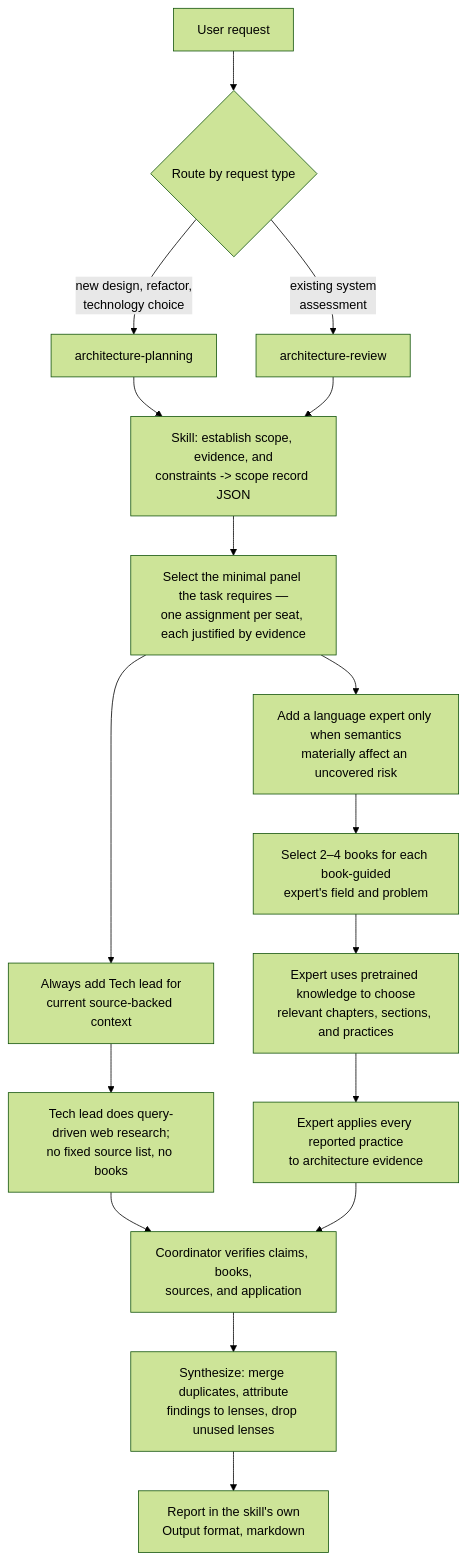
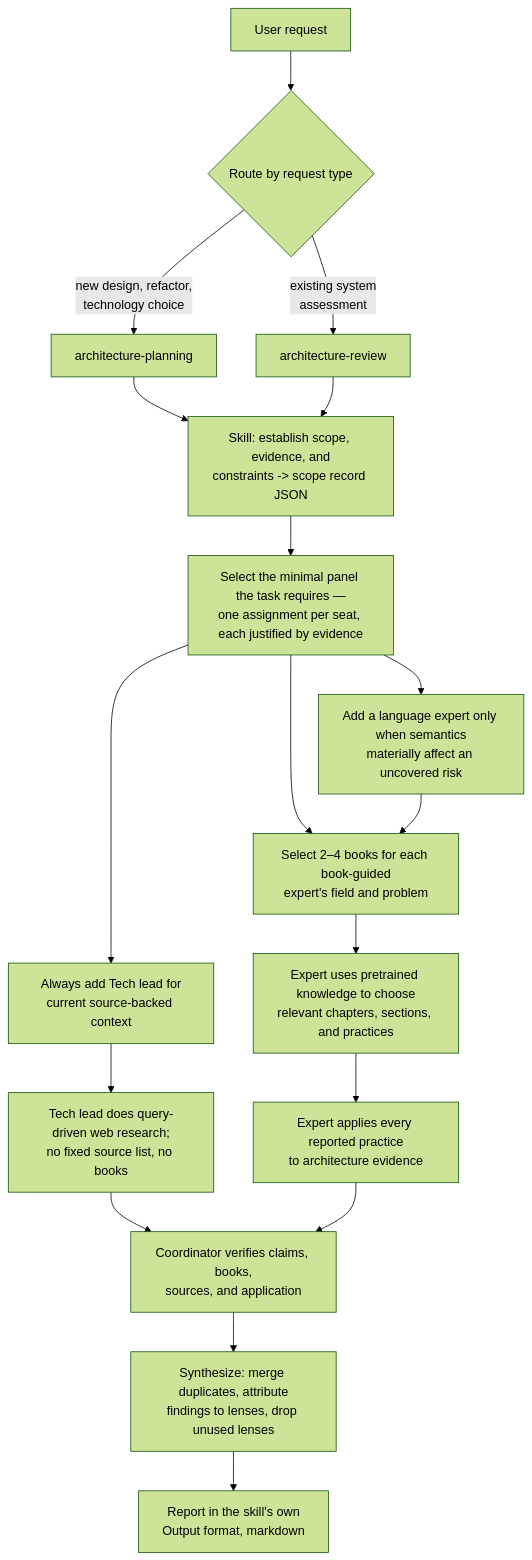
Before and after one commit to gityc-hub/nanoclaw-templates: the diagram in engineering/code-architect/references/workflow.md, drawn with Mermaid (forest theme). The commit also changed other lines of this file and 6 other files, not shown here.

````diff
--- a/engineering/code-architect/references/workflow.md
+++ b/engineering/code-architect/references/workflow.md
@@ -7,19 +7,20 @@
 ```mermaid
 flowchart TD
     U[User request] --> R{Route by request type}
     R -->|new design, refactor,<br/>technology choice| P[architecture-planning]
     R -->|existing system<br/>assessment| AR[architecture-review]
     P --> S
     AR --> S
     S[Skill: establish scope, evidence, and<br/>constraints -> scope record JSON] --> PS[Select the minimal panel the task requires —<br/>one assignment per seat, each justified by evidence]
     PS --> TL[Always add Tech lead for<br/>current source-backed context]
     TL --> TR[Tech lead does query-driven web research;<br/>no fixed source list, no books]
     PS --> LE[Add a language expert only when semantics<br/>materially affect an uncovered risk]
-    LE --> LB[Select 2–4 books for each book-guided<br/>expert's field and problem]
+    PS --> LB[Select 2–4 books for each book-guided<br/>expert's field and problem]
+    LE --> LB
     LB --> BK[Expert uses pretrained knowledge to choose<br/>relevant chapters, sections, and practices]
     BK --> EA[Expert applies every reported practice<br/>to architecture evidence]
     TR --> V[Coordinator verifies claims, books,<br/>sources, and application]
     EA --> V
     V --> SY[Synthesize: merge duplicates, attribute<br/>findings to lenses, drop unused lenses]
     SY --> O[Report in the skill's own<br/>Output format, markdown]
 ```
````
